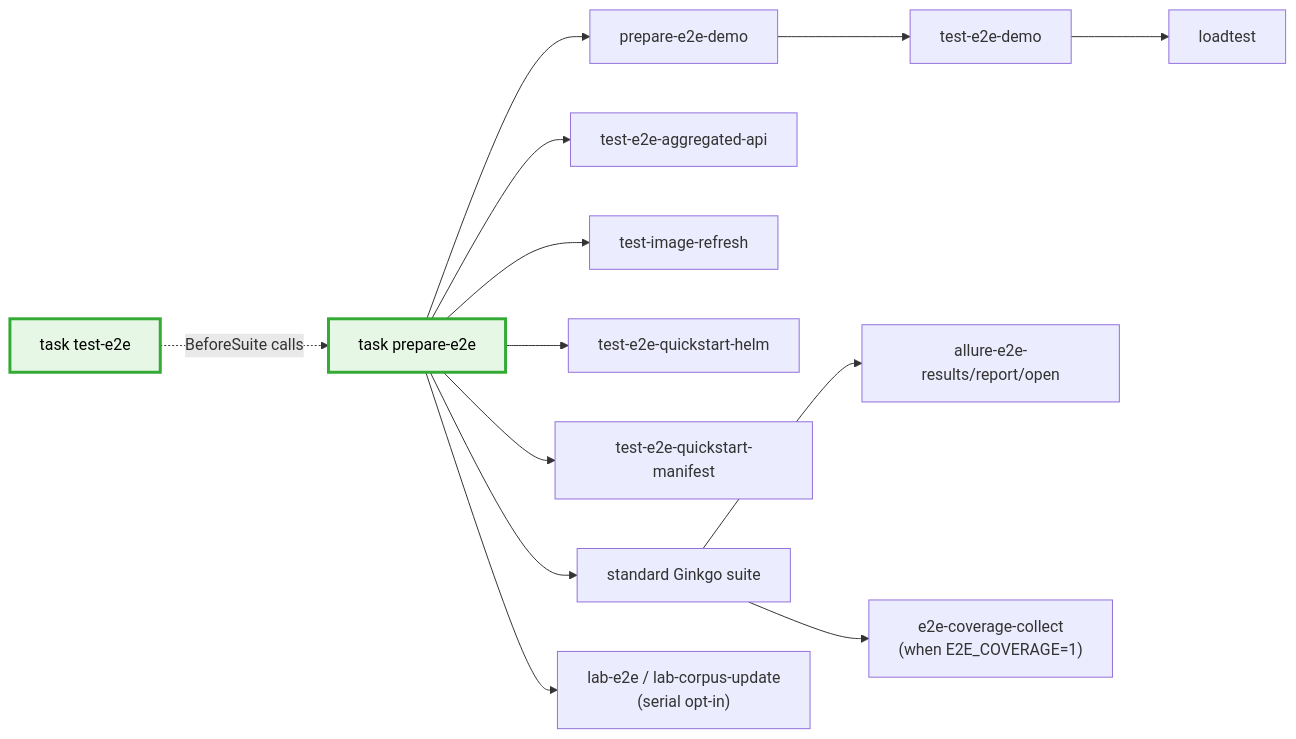
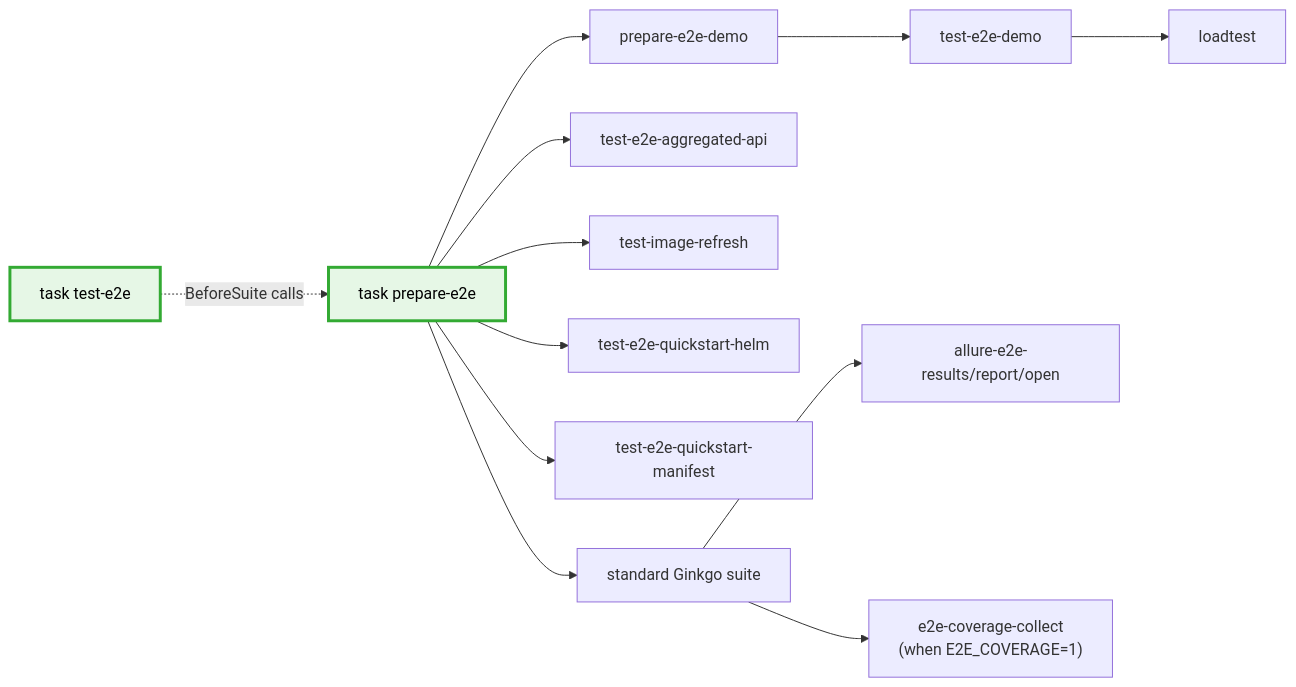
One commit to ConfigButler/gitops-reverser changed the fifth of 5 diagrams in docs/tasks-overview.md. Above: the diagram before and after it, drawn with Mermaid. The commit also changed other lines of this file and 57 other files, not shown here.

````diff
--- a/docs/tasks-overview.md
+++ b/docs/tasks-overview.md
@@ -296,20 +296,19 @@
 ```mermaid
 flowchart LR
   classDef key fill:#e6f7e6,stroke:#33aa33,stroke-width:3px,color:#000;
 
   TE["task test-e2e"]:::key -. "BeforeSuite calls" .-> PREP["task prepare-e2e"]:::key
   PREP --> FULL["standard Ginkgo suite"]
 
   PREP --> AGG["test-e2e-aggregated-api"]
   PREP --> IMG["test-image-refresh"]
   PREP --> QH["test-e2e-quickstart-helm"]
   PREP --> QM["test-e2e-quickstart-manifest"]
 
   PREP --> DEMOPREP["prepare-e2e-demo"]
   DEMOPREP --> DEMO["test-e2e-demo"]
   DEMO --> LOAD["loadtest"]
 
   FULL --> ALLURE["allure-e2e-results/report/open"]
   FULL --> COV["e2e-coverage-collect<br/>(when E2E_COVERAGE=1)"]
-  PREP --> LAB["lab-e2e / lab-corpus-update<br/>(serial opt-in)"]
 ```
````
